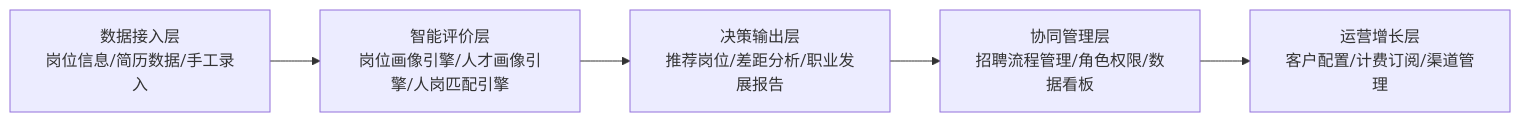
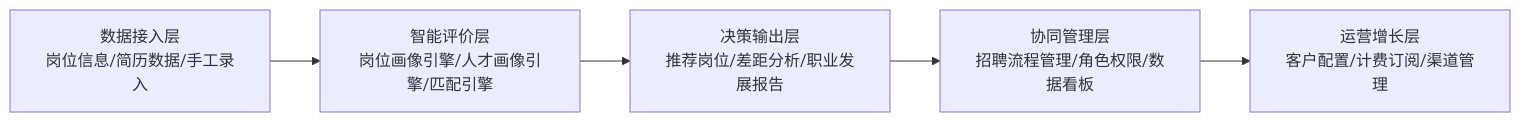
The second of 4 diagrams in docs/智能岗位评价与一体化招聘管理平台-商业计划书.md (swordreforge/Job-manner-review-system), drawn with Mermaid before and after one commit. The commit also changed other lines of this file, not shown here.

````diff
--- a/docs/智能岗位评价与一体化招聘管理平台-商业计划书.md
+++ b/docs/智能岗位评价与一体化招聘管理平台-商业计划书.md
@@ -100,10 +117,10 @@
 ```mermaid
 graph LR
     A[数据接入层<br/>岗位信息/简历数据/手工录入]
-    B[智能评价层<br/>岗位画像引擎/人才画像引擎/人岗匹配引擎]
+    B[智能评价层<br/>岗位画像引擎/人才画像引擎/匹配引擎]
     C[决策输出层<br/>推荐岗位/差距分析/职业发展报告]
     D[协同管理层<br/>招聘流程管理/角色权限/数据看板]
     E[运营增长层<br/>客户配置/计费订阅/渠道管理]
 
     A --> B --> C --> D --> E
 ```
````
